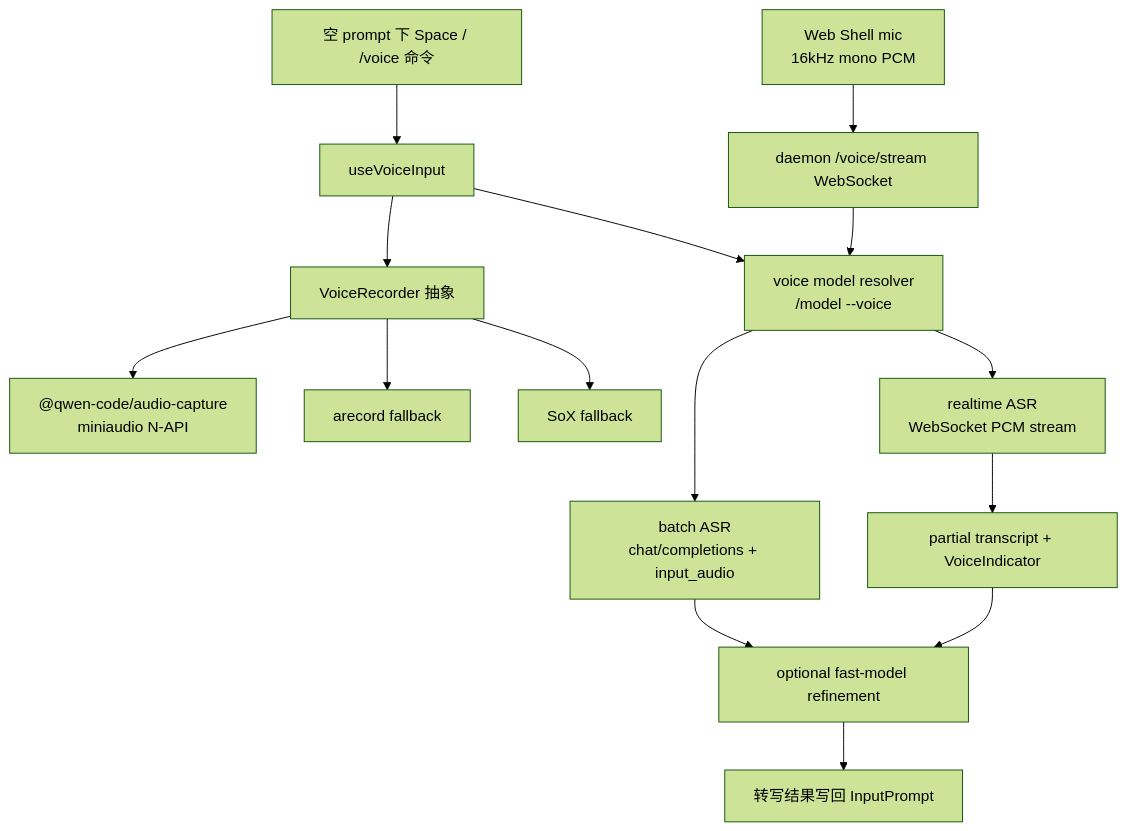
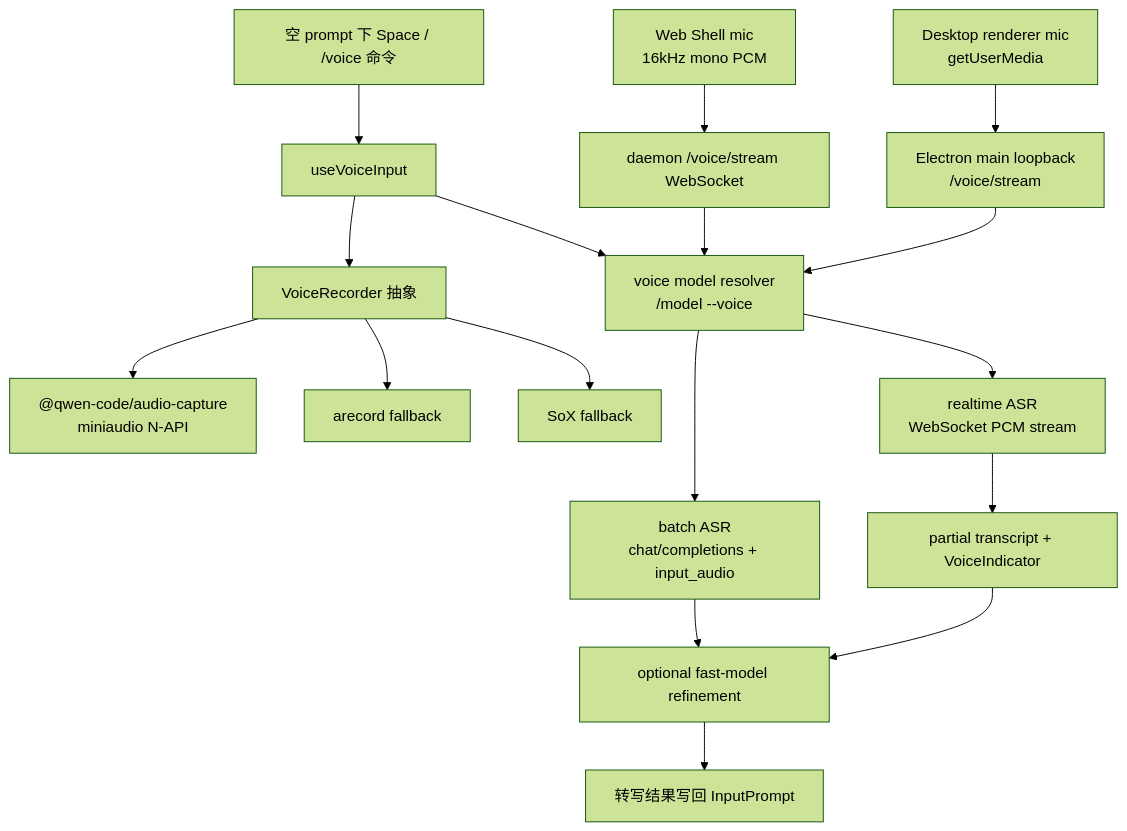
One commit to doudouOUC/code_agent changed the diagram in qwen-code/feature/voice-dictation.md. Above: the diagram before and after it, drawn with Mermaid (forest theme). The commit also changed other lines of this file and 14 other files, not shown here.

````diff
--- a/qwen-code/feature/voice-dictation.md
+++ b/qwen-code/feature/voice-dictation.md
@@ -27,17 +28,19 @@
 ```mermaid
 flowchart TB
   KEY["空 prompt 下 Space / /voice 命令"] --> HOOK["useVoiceInput"]
   HOOK --> REC["VoiceRecorder 抽象"]
   REC --> NATIVE["@qwen-code/audio-capture<br/>miniaudio N-API"]
   REC --> AREC["arecord fallback"]
   REC --> SOX["SoX fallback"]
   HOOK --> MODEL["voice model resolver<br/>/model --voice"]
   MODEL --> BATCH["batch ASR<br/>chat/completions + input_audio"]
   MODEL --> RT["realtime ASR<br/>WebSocket PCM stream"]
   BATCH --> REFINE["optional fast-model refinement"]
   RT --> PARTIAL["partial transcript + VoiceIndicator"]
   PARTIAL --> REFINE
   REFINE --> POST["转写结果写回 InputPrompt"]
   WEB["Web Shell mic<br/>16kHz mono PCM"] --> DWS["daemon /voice/stream WebSocket"]
   DWS --> MODEL
+  DESK["Desktop renderer mic<br/>getUserMedia"] --> MAIN["Electron main loopback<br/>/voice/stream"]
+  MAIN --> MODEL
 ```
````
